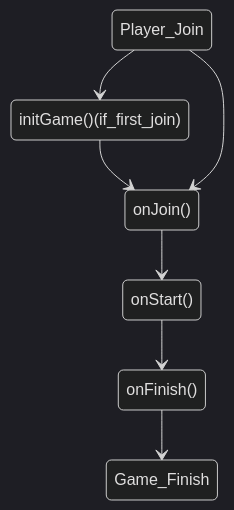
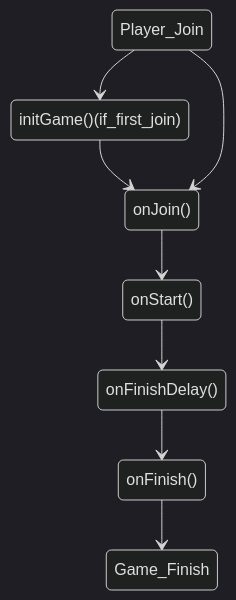
One commit to MiniGameWorlds/MiniGameWorld changed the diagram in resources/devWiki/game-guide/Home.md. Above: the diagram before and after it, drawn with Mermaid (dark theme). The commit also changed 11 other files, not shown here.

Commit message:
Add `finish-delay` to MiniGameSetting

````diff
--- a/resources/devWiki/game-guide/Home.md
+++ b/resources/devWiki/game-guide/Home.md
@@ -68,9 +68,10 @@
 ```mermaid
 stateDiagram
     Player_Join --> initGame()(if_first_join)
     initGame()(if_first_join) --> onJoin()
     Player_Join --> onJoin()
     onJoin() --> onStart()
-    onStart() --> onFinish()
+    onStart() --> onFinishDelay()
+    onFinishDelay() --> onFinish()
     onFinish() --> Game_Finish
 ```
````
